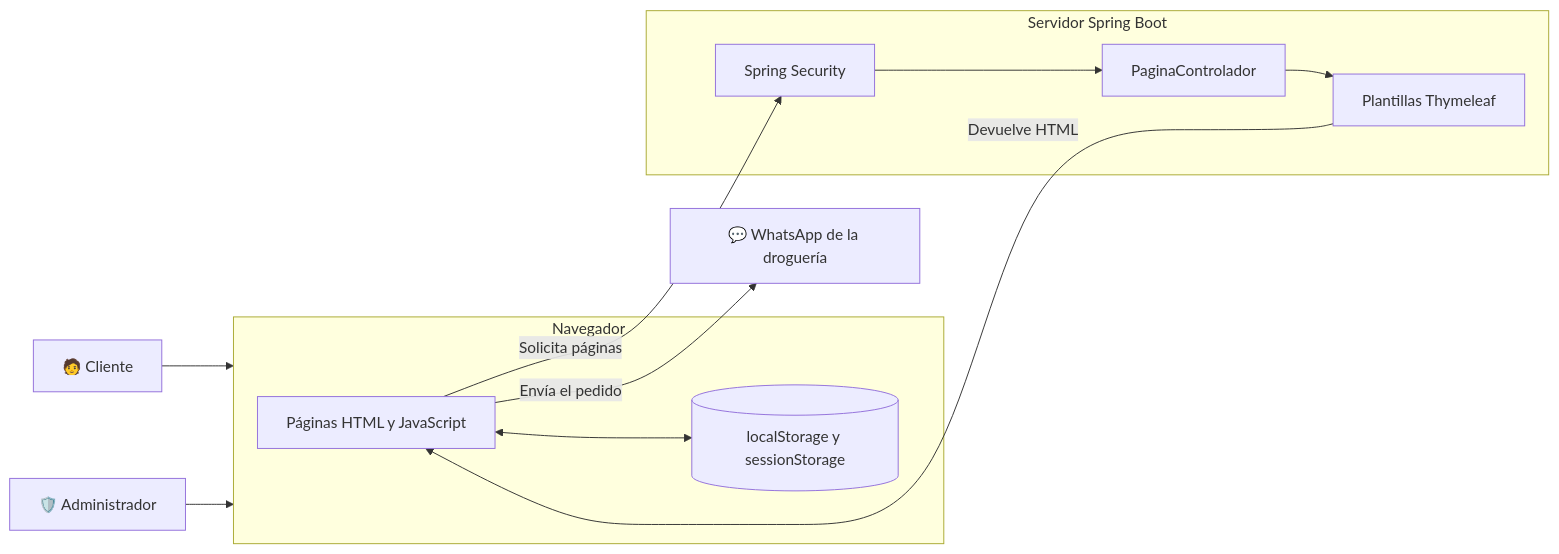
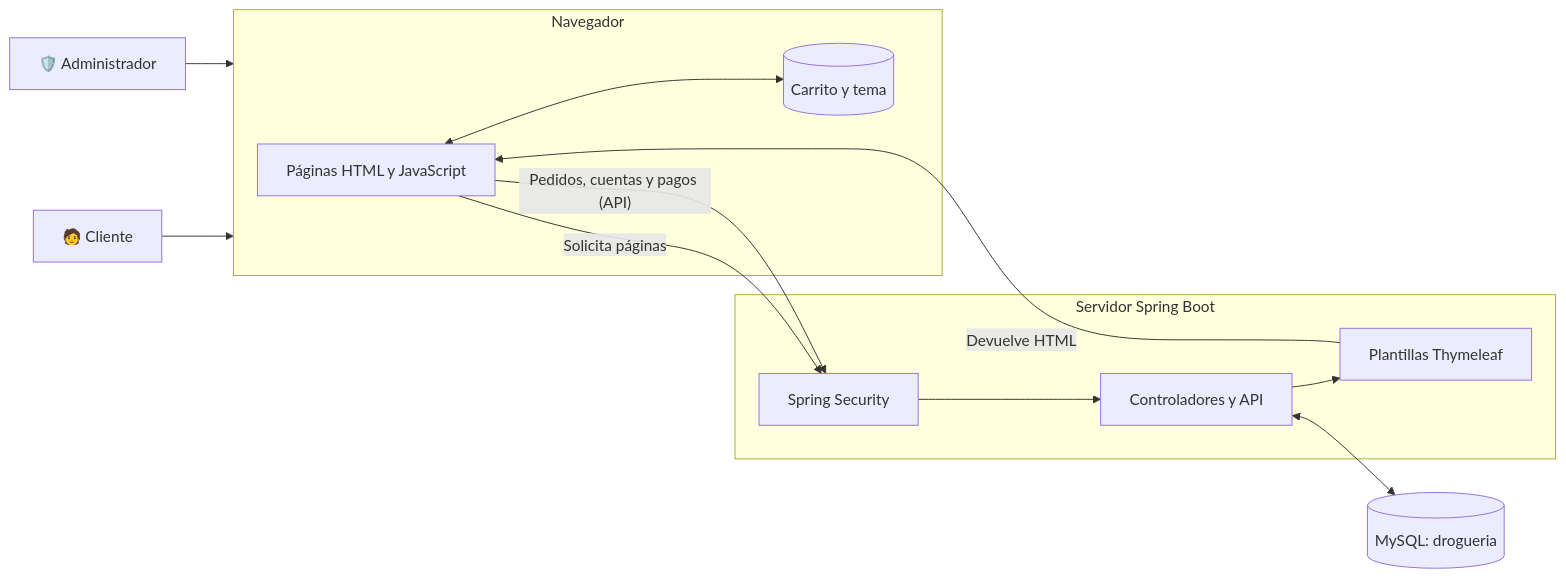
One commit to jhean1/DrogueriaYvariedadesLosTresHermanos changed the first of 2 diagrams in README.md. Above: the diagram before and after it, drawn with Mermaid. The commit also changed other lines of this file and 75 other files, not shown here.

First line of the commit message:
Conectar la tienda y el panel con MySQL: cuentas, pedidos, planes e imágenes

````diff
--- a/README.md
+++ b/README.md
@@ -127,22 +128,24 @@
 ```mermaid
 flowchart LR
     C["🧑 Cliente"] --> N
     A["🛡️ Administrador"] --> N
 
     subgraph N["Navegador"]
         V["Páginas HTML y JavaScript"]
-        L[("localStorage y sessionStorage")]
+        L[("Carrito y tema")]
         V <--> L
     end
 
     subgraph S["Servidor Spring Boot"]
         F["Spring Security"]
-        P["PaginaControlador"]
+        P["Controladores y API"]
         T["Plantillas Thymeleaf"]
         F --> P --> T
     end
 
+    P <--> D[("MySQL: drogueria")]
+
     V -- "Solicita páginas" --> F
     T -- "Devuelve HTML" --> V
-    V -- "Envía el pedido" --> W["💬 WhatsApp de la droguería"]
+    V -- "Pedidos, cuentas y pagos (API)" --> F
 ```
````
